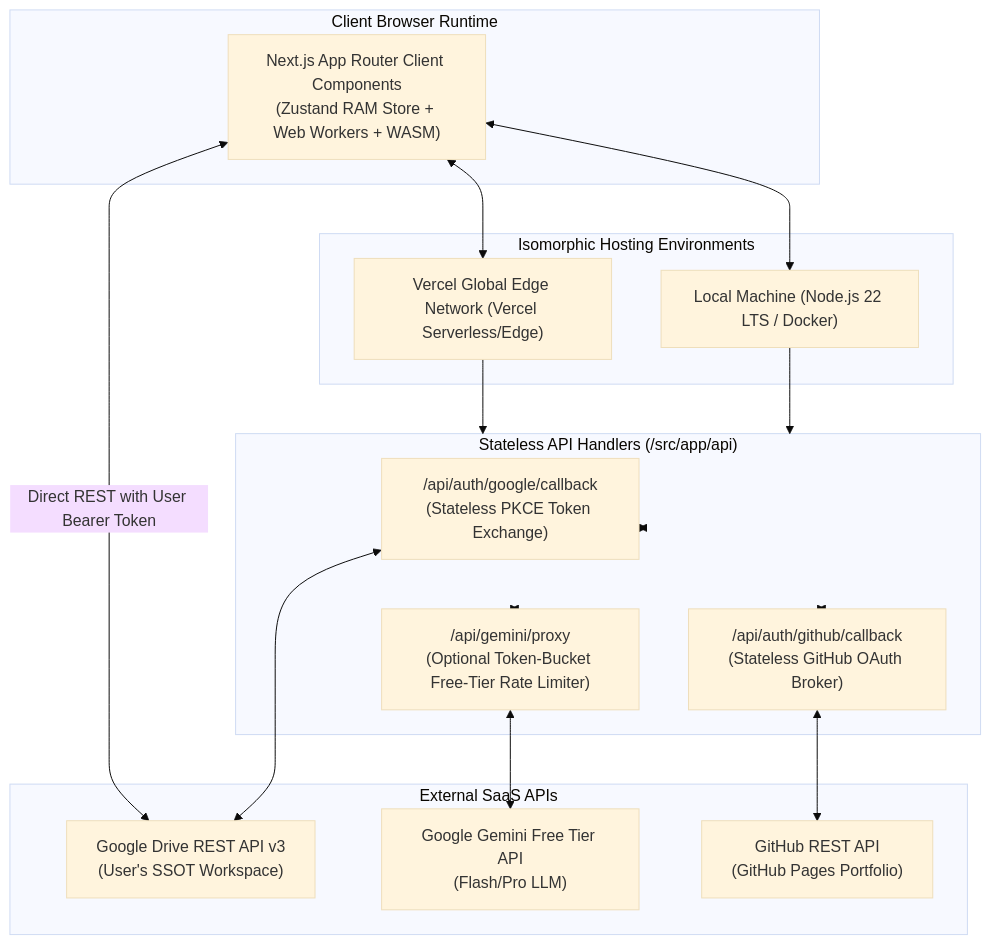
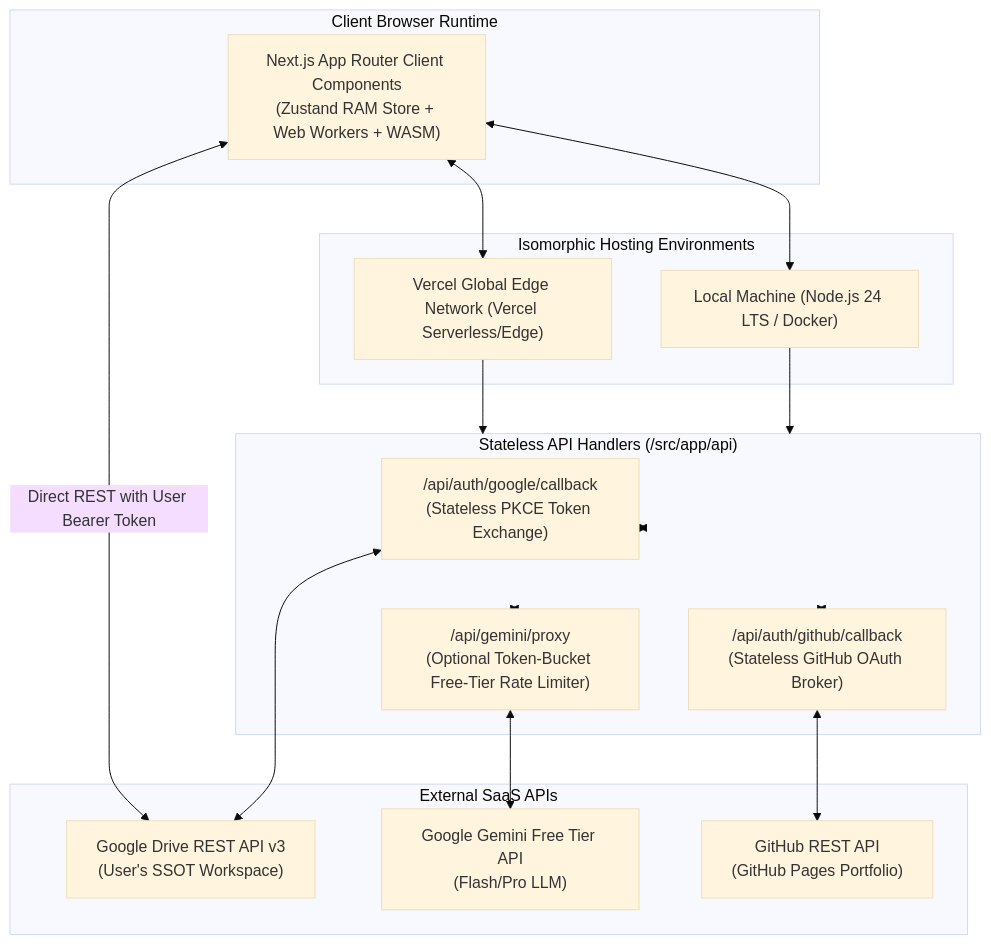
Before and after one commit to Strider221B/ml-sys-design: the first of 2 diagrams in documentation/design/detailed/09_isomorphic_deployment_and_ci_cd.md, drawn with Mermaid (base theme). The commit also changed other lines of this file and 39 other files, not shown here.

````diff
--- a/documentation/design/detailed/09_isomorphic_deployment_and_ci_cd.md
+++ b/documentation/design/detailed/09_isomorphic_deployment_and_ci_cd.md
@@ -15,38 +15,38 @@
 ```mermaid
 graph TB
     subgraph Client_Runtime["Client Browser Runtime"]
         SPA["Next.js App Router Client Components\n(Zustand RAM Store + Web Workers + WASM)"]
     end
 
     subgraph Host_Environments["Isomorphic Hosting Environments"]
-        LocalHost["Local Machine (Node.js 22 LTS / Docker)"]
+        LocalHost["Local Machine (Node.js 24 LTS / Docker)"]
         VercelEdge["Vercel Global Edge Network (Vercel Serverless/Edge)"]
     end
 
     subgraph Stateless_Edge_Routes["Stateless API Handlers (/src/app/api)"]
         GoogleAuth["/api/auth/google/callback\n(Stateless PKCE Token Exchange)"]
         GitHubAuth["/api/auth/github/callback\n(Stateless GitHub OAuth Broker)"]
         GeminiProxy["/api/gemini/proxy\n(Optional Token-Bucket Free-Tier Rate Limiter)"]
     end
 
     subgraph External_APIs["External SaaS APIs"]
         GDriveAPI["Google Drive REST API v3\n(User's SSOT Workspace)"]
         GeminiAPI["Google Gemini Free Tier API\n(Flash/Pro LLM)"]
         GitHubAPI["GitHub REST API\n(GitHub Pages Portfolio)"]
     end
 
     SPA <--> LocalHost
     SPA <--> VercelEdge
 
     LocalHost --> Stateless_Edge_Routes
     VercelEdge --> Stateless_Edge_Routes
 
     Stateless_Edge_Routes <--> GoogleAuth
     Stateless_Edge_Routes <--> GitHubAuth
     Stateless_Edge_Routes <--> GeminiProxy
 
     GoogleAuth <--> GDriveAPI
     GitHubAuth <--> GitHubAPI
     GeminiProxy <--> GeminiAPI
     SPA <-->|Direct REST with User Bearer Token| GDriveAPI
 ```
````
